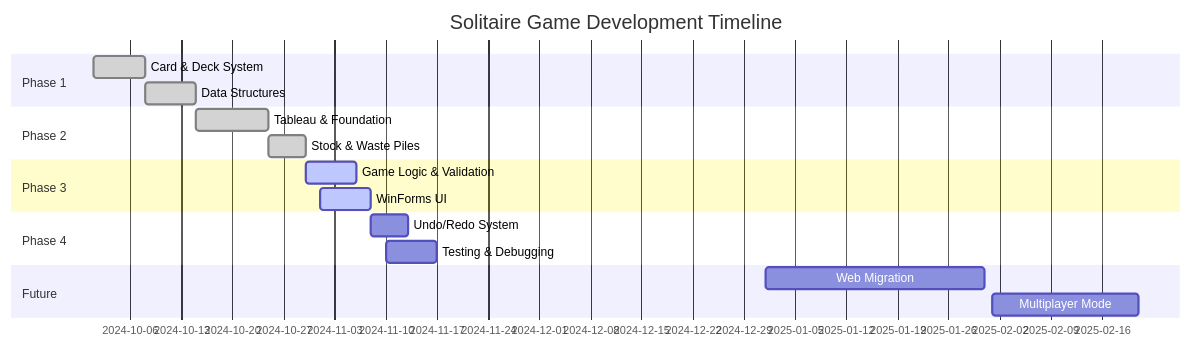
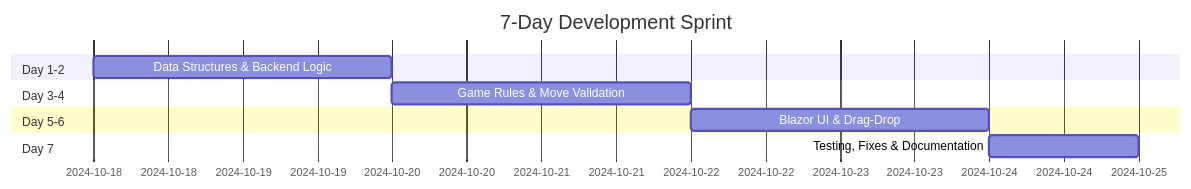
One commit to NADIR38/Solitair-Game changed the diagram in README.md. Above: the diagram before and after it, drawn with Mermaid. The commit also changed other lines of this file, not shown here.

````diff
--- a/README.md
+++ b/README.md
@@ -884,20 +1141,13 @@
 ```mermaid
 gantt
-    title Solitaire Game Development Timeline
+    title 7-Day Development Sprint
     dateFormat  YYYY-MM-DD
-    section Phase 1
-    Card & Deck System           :done, p1, 2024-10-01, 7d
-    Data Structures              :done, p2, 2024-10-08, 7d
-    section Phase 2
-    Tableau & Foundation         :done, p3, 2024-10-15, 10d
-    Stock & Waste Piles          :done, p4, 2024-10-25, 5d
-    section Phase 3
-    Game Logic & Validation      :active, p5, 2024-10-30, 7d
-    WinForms UI                  :active, p6, 2024-11-01, 7d
-    section Phase 4
-    Undo/Redo System            :p7, 2024-11-08, 5d
-    Testing & Debugging         :p8, 2024-11-10, 7d
-    section Future
-    Web Migration               :p9, 2025-01-01, 30d
-    Multiplayer Mode            :p10, 2025-02-01, 20d
+    section Day 1-2
+    Data Structures & Backend Logic    :2024-10-18, 2d
+    section Day 3-4
+    Game Rules & Move Validation       :2024-10-20, 2d
+    section Day 5-6
+    Blazor UI & Drag-Drop              :2024-10-22, 2d
+    section Day 7
+    Testing, Fixes & Documentation     :2024-10-24, 1d
 ```
````
